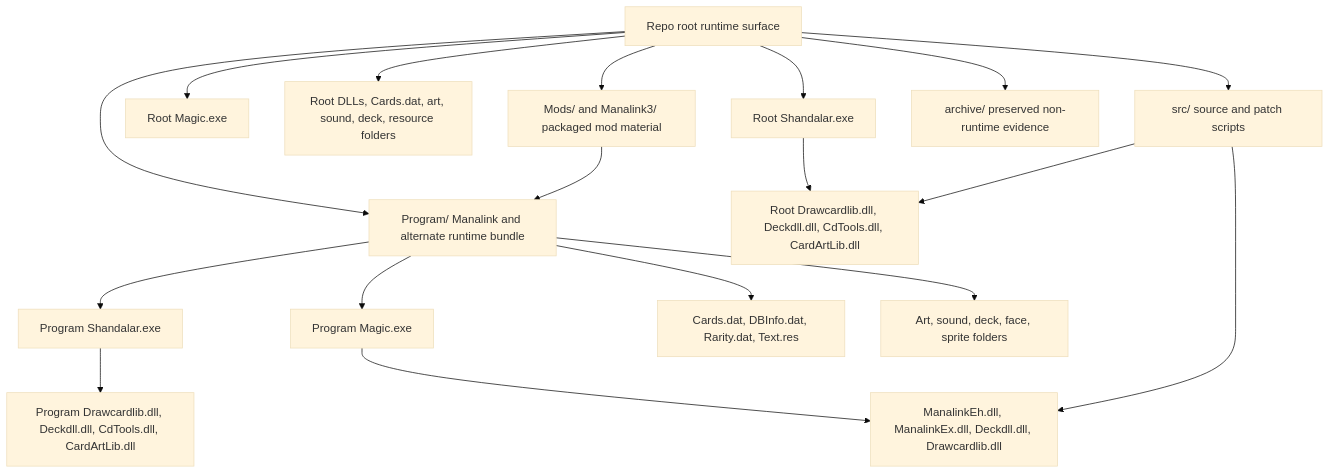
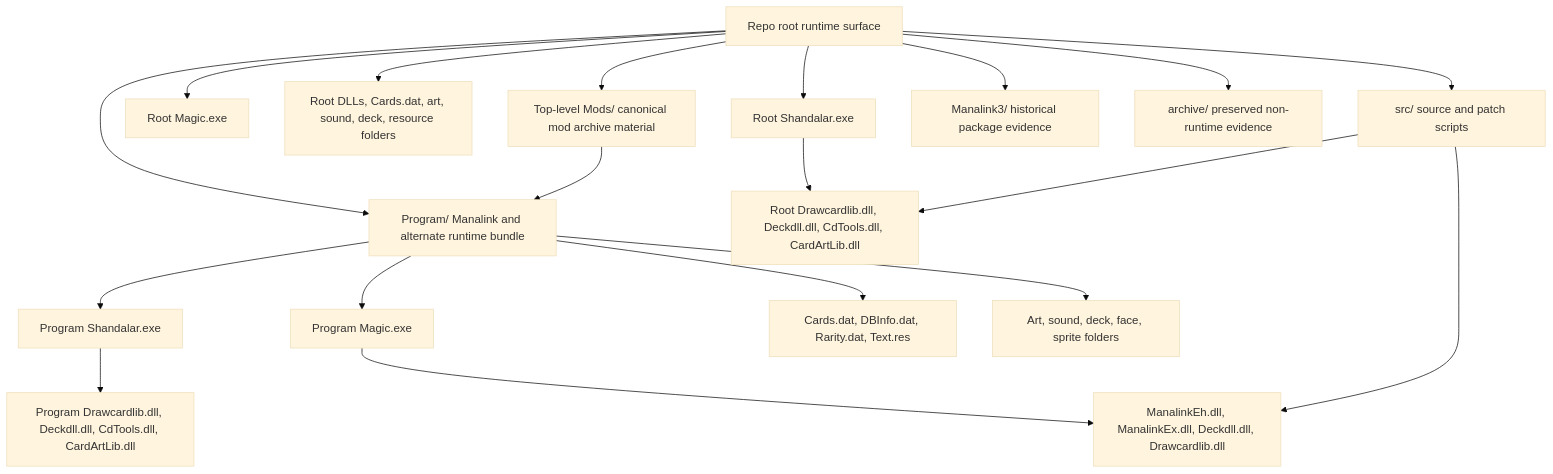
Before and after one commit to MDMoll/Shandalar: the diagram in docs/architecture.md, drawn with Mermaid (base theme). The commit also changed other lines of this file and 37 other files, not shown here.

````diff
--- a/docs/architecture.md
+++ b/docs/architecture.md
@@ -21,20 +21,21 @@
 ```mermaid
 flowchart TD
     A["Repo root runtime surface"] --> C["Root Shandalar.exe"]
     A --> M["Root Magic.exe"]
     A --> R["Root DLLs, Cards.dat, art, sound, deck, resource folders"]
     A --> B["Program/ Manalink and alternate runtime bundle"]
     B --> P["Program Shandalar.exe"]
     B --> D["Program Magic.exe"]
     C --> E["Root Drawcardlib.dll, Deckdll.dll, CdTools.dll, CardArtLib.dll"]
     P --> PE["Program Drawcardlib.dll, Deckdll.dll, CdTools.dll, CardArtLib.dll"]
     D --> F["ManalinkEh.dll, ManalinkEx.dll, Deckdll.dll, Drawcardlib.dll"]
     B --> G["Cards.dat, DBInfo.dat, Rarity.dat, Text.res"]
     B --> H["Art, sound, deck, face, sprite folders"]
     A --> I["src/ source and patch scripts"]
     I --> F
     I --> E
-    A --> J["Mods/ and Manalink3/ packaged mod material"]
+    A --> J["Top-level Mods/ canonical mod archive material"]
     J --> B
+    A --> L["Manalink3/ historical package evidence"]
     A --> K["archive/ preserved non-runtime evidence"]
 ```
````
